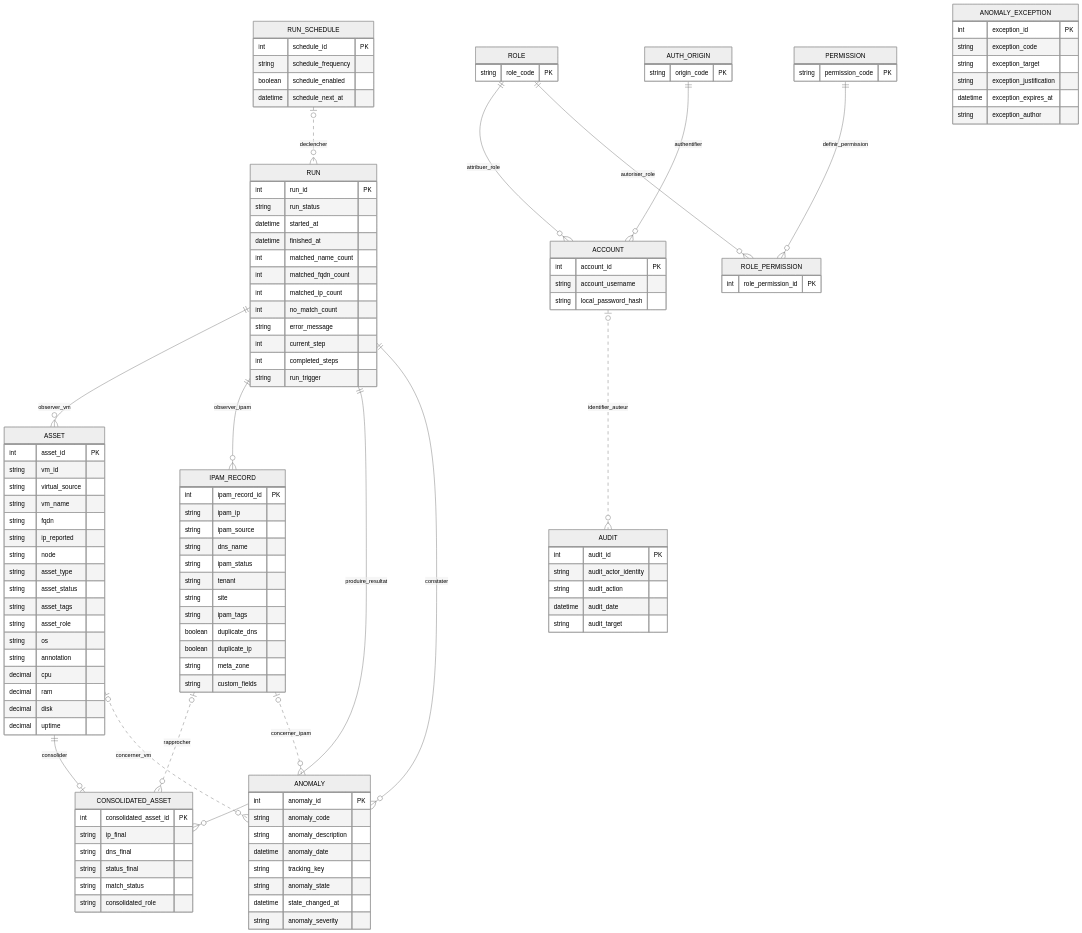
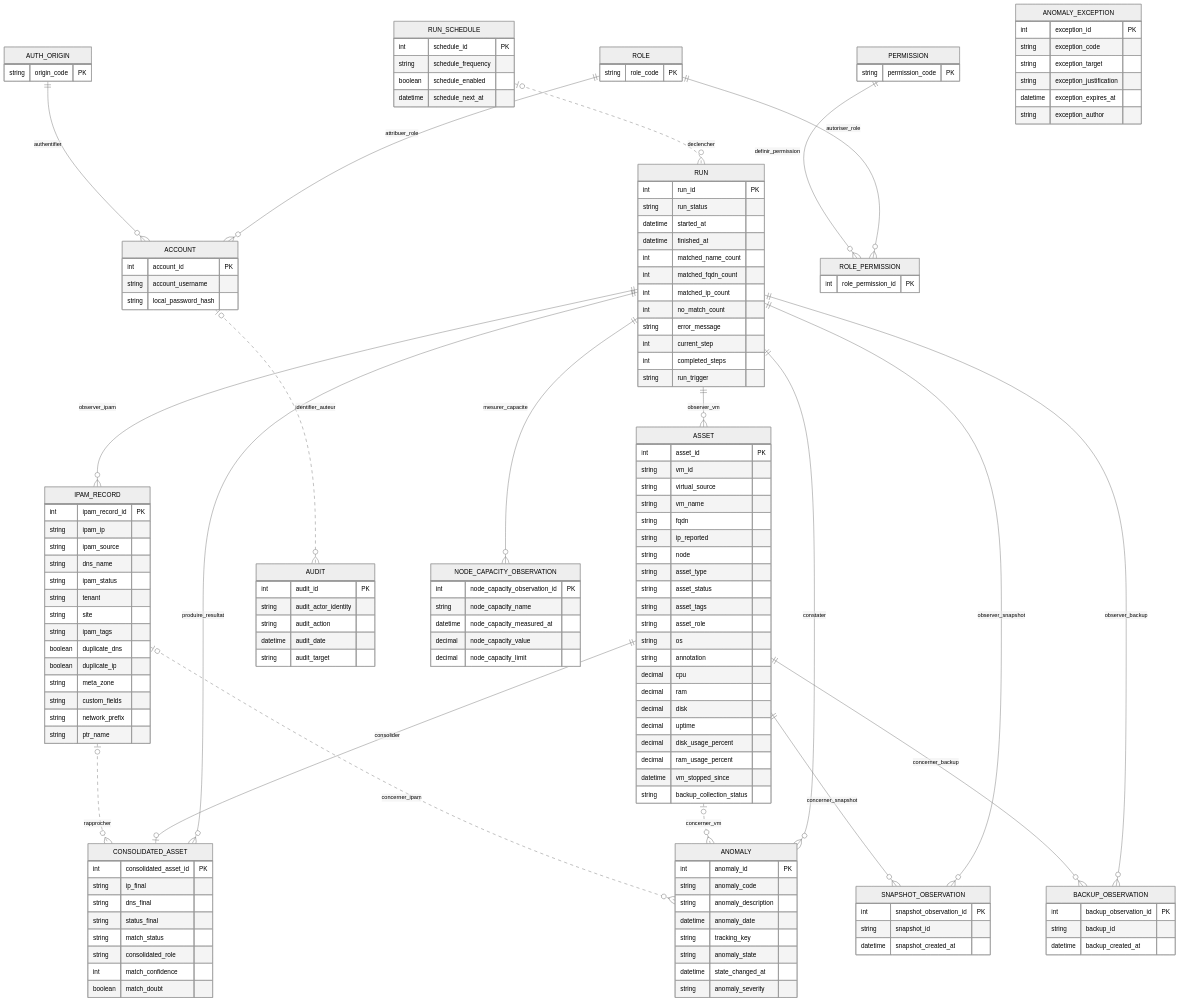
One commit to Fr0gzilla/CloudInventory changed the diagram in docs/modele/mcd.md. Above: the diagram before and after it, drawn with Mermaid (neutral theme). The commit also changed other lines of this file and 8 other files, not shown here.

````diff
--- a/docs/modele/mcd.md
+++ b/docs/modele/mcd.md
@@ -16,6 +16,11 @@
     ROLE ||--o{ ROLE_PERMISSION : autoriser_role
     PERMISSION ||--o{ ROLE_PERMISSION : definir_permission
     ACCOUNT |o..o{ AUDIT : identifier_auteur
+    RUN ||--o{ SNAPSHOT_OBSERVATION : observer_snapshot
+    ASSET ||--o{ SNAPSHOT_OBSERVATION : concerner_snapshot
+    RUN ||--o{ BACKUP_OBSERVATION : observer_backup
+    ASSET ||--o{ BACKUP_OBSERVATION : concerner_backup
+    RUN ||--o{ NODE_CAPACITY_OBSERVATION : mesurer_capacite
     RUN {
         int run_id PK
         string run_status
@@ -48,6 +53,10 @@
         decimal ram
         decimal disk
         decimal uptime
+        decimal disk_usage_percent
+        decimal ram_usage_percent
+        datetime vm_stopped_since
+        string backup_collection_status
     }
     IPAM_RECORD {
         int ipam_record_id PK
@@ -62,6 +71,8 @@
         boolean duplicate_ip
         string meta_zone
         string custom_fields
+        string network_prefix
+        string ptr_name
     }
     CONSOLIDATED_ASSET {
         int consolidated_asset_id PK
@@ -70,6 +81,8 @@
         string status_final
         string match_status
         string consolidated_role
+        int match_confidence
+        boolean match_doubt
     }
     ANOMALY {
         int anomaly_id PK
@@ -119,4 +132,21 @@
         datetime audit_date
         string audit_target
     }
+    SNAPSHOT_OBSERVATION {
+        int snapshot_observation_id PK
+        string snapshot_id
+        datetime snapshot_created_at
+    }
+    BACKUP_OBSERVATION {
+        int backup_observation_id PK
+        string backup_id
+        datetime backup_created_at
+    }
+    NODE_CAPACITY_OBSERVATION {
+        int node_capacity_observation_id PK
+        string node_capacity_name
+        datetime node_capacity_measured_at
+        decimal node_capacity_value
+        decimal node_capacity_limit
+    }
 ```
````
